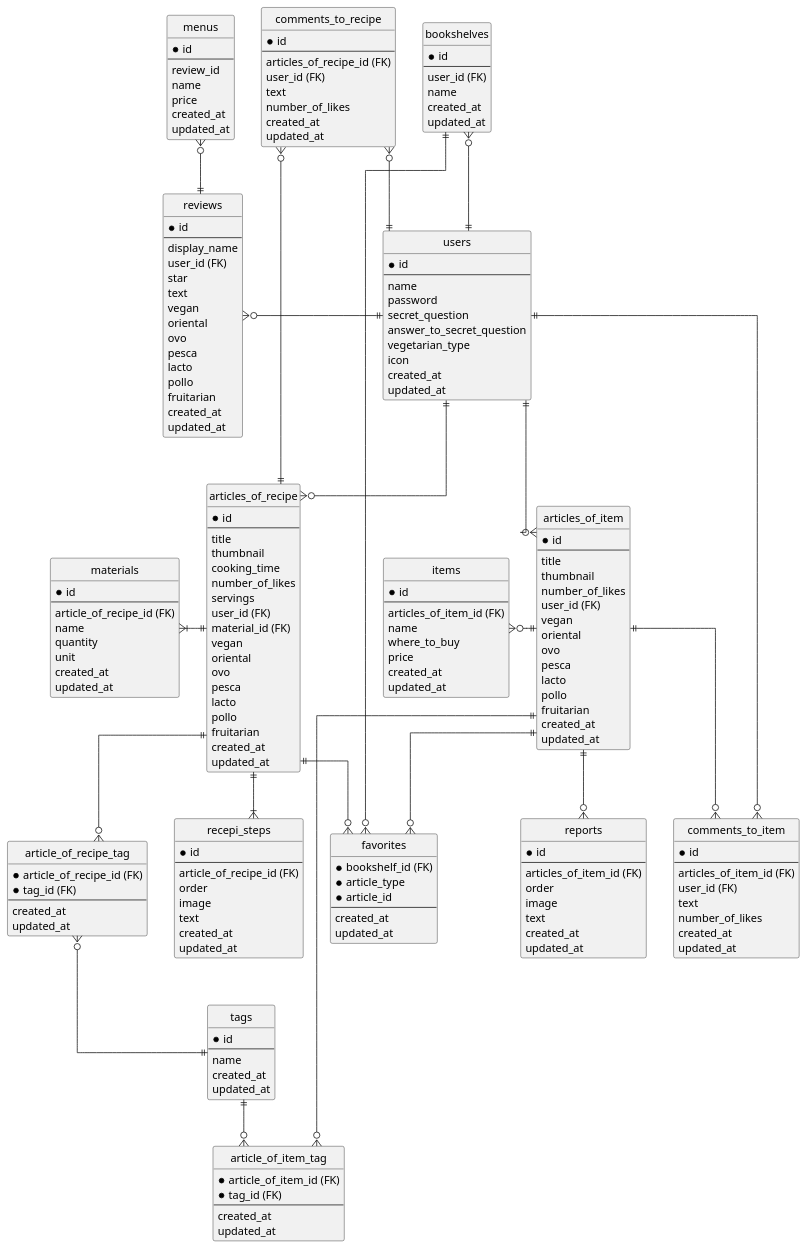
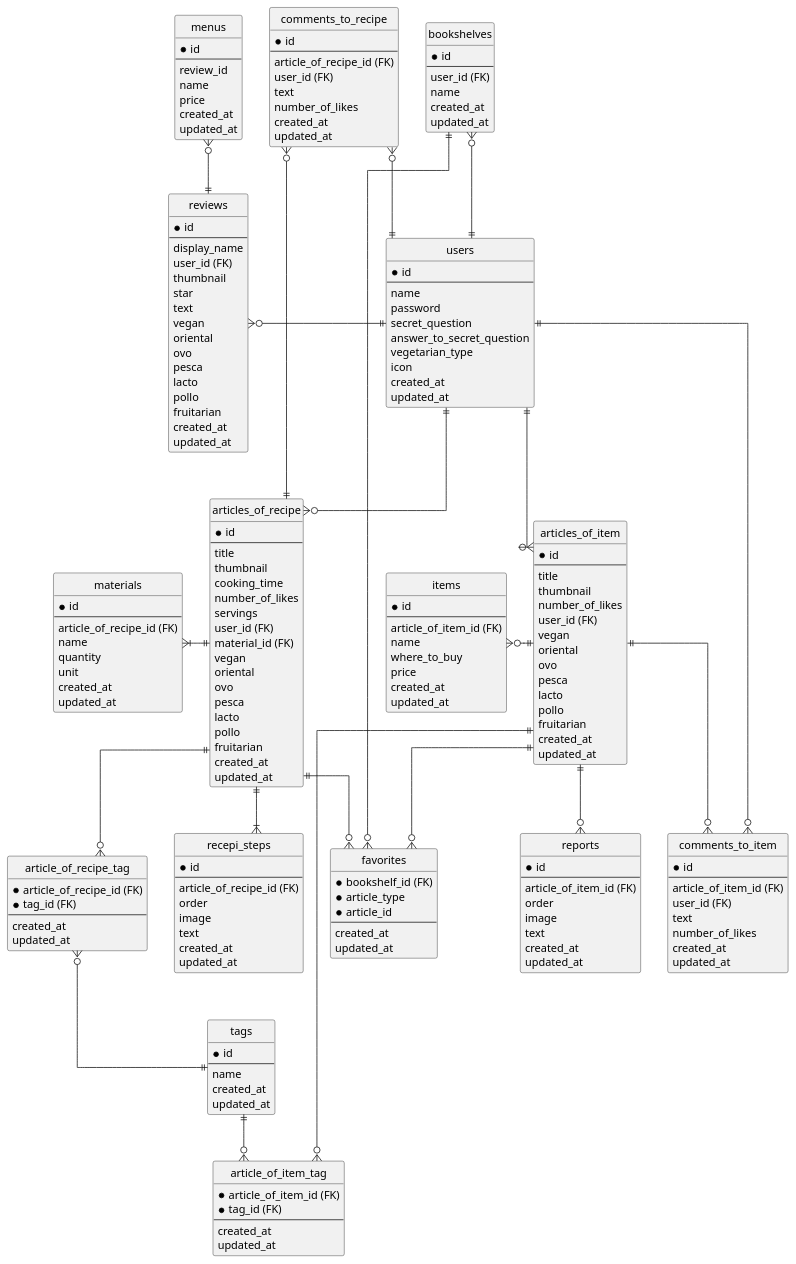
The diagram in documents/er.pu (SayuriOkuyama/Original), drawn with PlantUML before and after one commit. The commit also changed 1 other file, not shown here.

```diff
--- a/documents/er.pu
+++ b/documents/er.pu
@@ -93,7 +93,7 @@
 entity "items" as items {
   *id
   --
-  articles_of_item_id (FK)
+  article_of_item_id (FK)
   name
   where_to_buy
   price
@@ -104,7 +104,7 @@
 entity "reports" as reports {
   *id
   --
-  articles_of_item_id (FK)
+  article_of_item_id (FK)
   order
   image
   text
@@ -115,7 +115,7 @@
 entity "comments_to_recipe" as comments_to_recipe {
   *id
   --
-  articles_of_recipe_id (FK)
+  article_of_recipe_id (FK)
   user_id (FK)
   text
   number_of_likes
@@ -126,7 +126,7 @@
 entity "comments_to_item" as comments_to_item {
   *id
   --
-  articles_of_item_id (FK)
+  article_of_item_id (FK)
   user_id (FK)
   text
   number_of_likes
@@ -163,6 +163,7 @@
   --
   display_name
   user_id (FK)
+  thumbnail
   star
   text
   vegan
```
